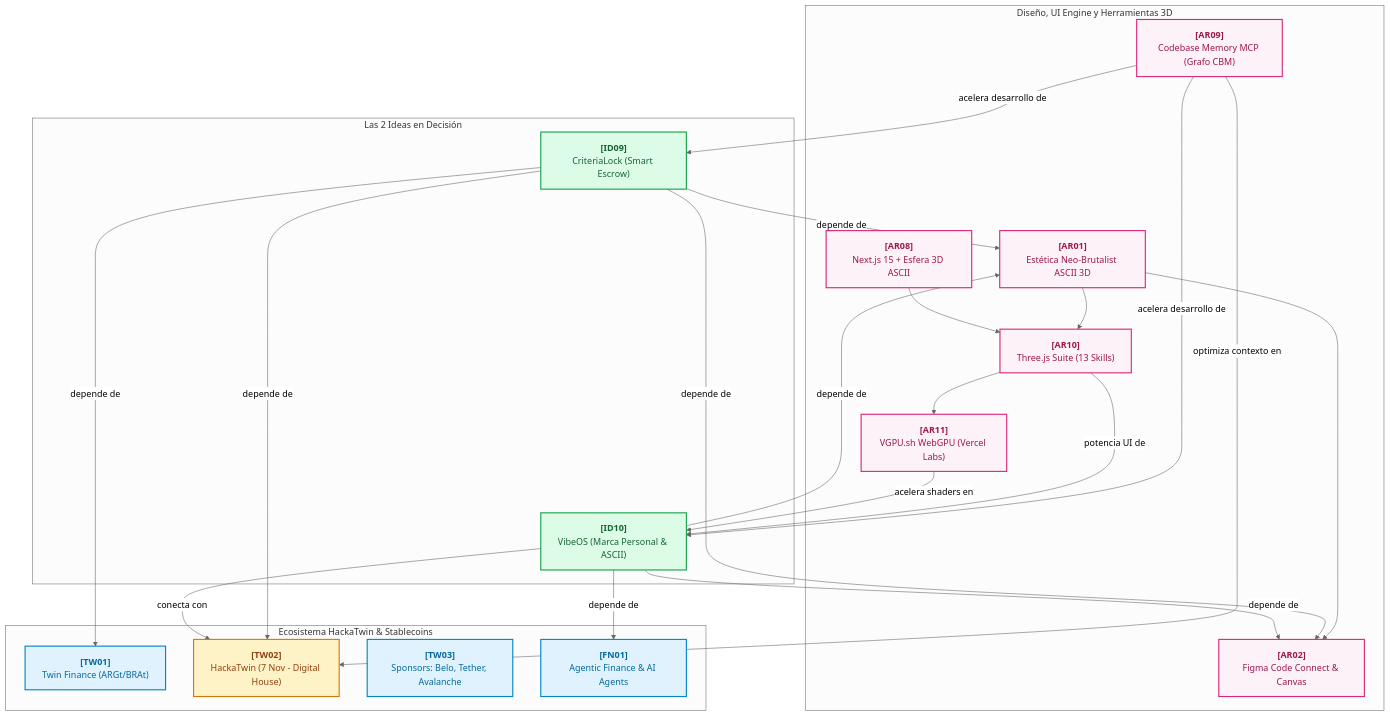
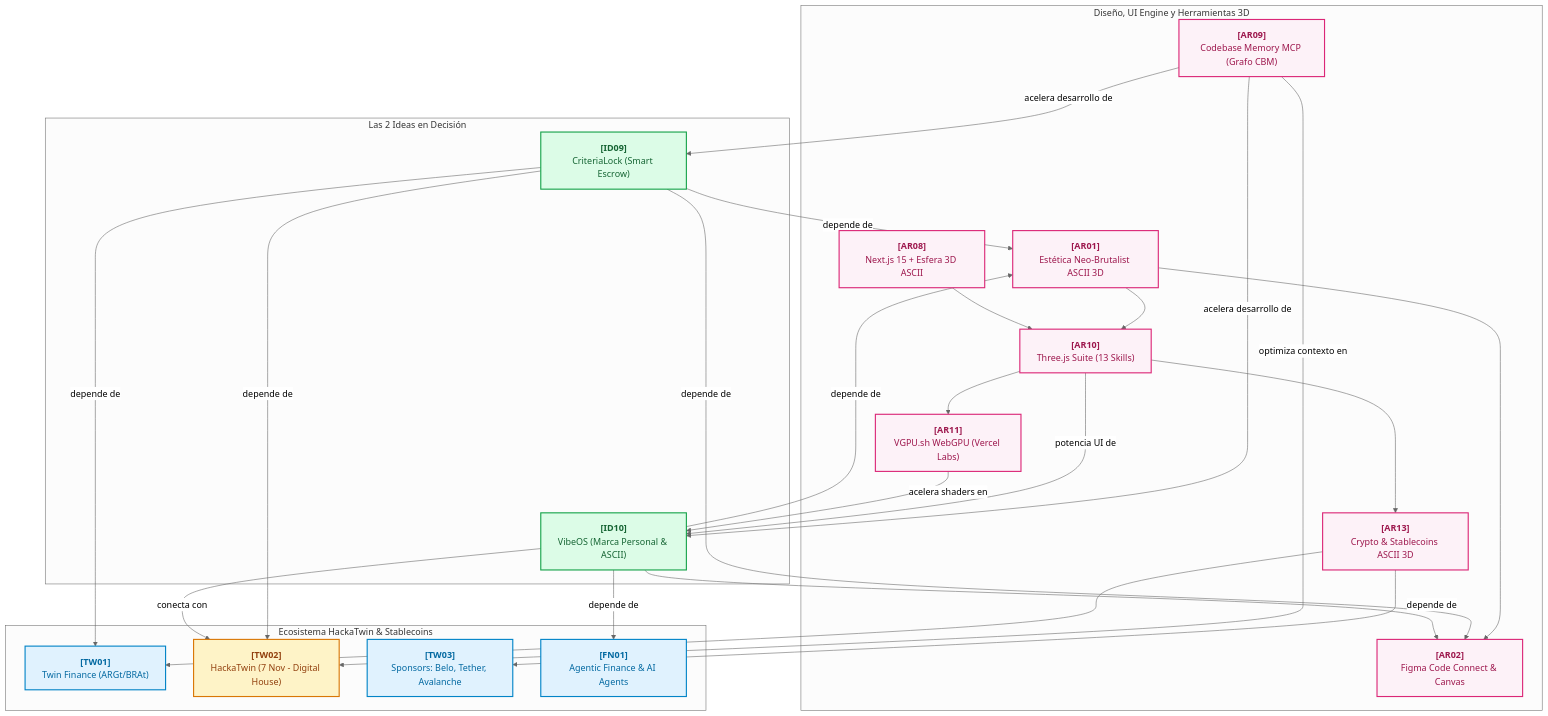
The diagram in docs/cerebro/README.md (Voyager-Ov/cerebro-propuesta), drawn with Mermaid (neutral theme) before and after one commit. The commit also changed 14 other files, not shown here.

````diff
--- a/docs/cerebro/README.md
+++ b/docs/cerebro/README.md
@@ -19,49 +19,53 @@
 ```mermaid
 flowchart TD
     classDef hackathon fill:#fef3c7,stroke:#d97706,stroke-width:2px,color:#92400e;
     classDef patron fill:#ede9fe,stroke:#7c3aed,stroke-width:2px,color:#5b21b6;
     classDef situacion fill:#fee2e2,stroke:#dc2626,stroke-width:2px,color:#991b1b;
     classDef idea fill:#dcfce7,stroke:#16a34a,stroke-width:2px,color:#166534;
     classDef fintech fill:#e0f2fe,stroke:#0284c7,stroke-width:2px,color:#0369a1;
     classDef arquitectura fill:#fdf2f8,stroke:#db2777,stroke-width:2px,color:#9d174d;
 
     subgraph SG_diseno_arquitectura ["Diseño, UI Engine y Herramientas 3D"]
         node_AR01["<b>[AR01]</b><br/>Estética Neo-Brutalist ASCII 3D"]:::arquitectura
         node_AR02["<b>[AR02]</b><br/>Figma Code Connect & Canvas"]:::arquitectura
         node_AR08["<b>[AR08]</b><br/>Next.js 15 + Esfera 3D ASCII"]:::arquitectura
         node_AR09["<b>[AR09]</b><br/>Codebase Memory MCP (Grafo CBM)"]:::arquitectura
         node_AR10["<b>[AR10]</b><br/>Three.js Suite (13 Skills)"]:::arquitectura
         node_AR11["<b>[AR11]</b><br/>VGPU.sh WebGPU (Vercel Labs)"]:::arquitectura
+        node_AR13["<b>[AR13]</b><br/>Crypto & Stablecoins ASCII 3D"]:::arquitectura
     end
 
     subgraph SG_ideas_equipo ["Las 2 Ideas en Decisión"]
         node_ID09["<b>[ID09]</b><br/>CriteriaLock (Smart Escrow)"]:::idea
         node_ID10["<b>[ID10]</b><br/>VibeOS (Marca Personal & ASCII)"]:::idea
     end
 
     subgraph SG_ecosistema_fintech ["Ecosistema HackaTwin & Stablecoins"]
         node_TW01["<b>[TW01]</b><br/>Twin Finance (ARGt/BRAt)"]:::fintech
         node_TW02["<b>[TW02]</b><br/>HackaTwin (7 Nov - Digital House)"]:::hackathon
         node_TW03["<b>[TW03]</b><br/>Sponsors: Belo, Tether, Avalanche"]:::fintech
         node_FN01["<b>[FN01]</b><br/>Agentic Finance & AI Agents"]:::fintech
     end
 
     node_AR01 --> node_AR02
     node_AR01 --> node_AR10
     node_AR10 --> node_AR11
+    node_AR10 --> node_AR13
+    node_AR13 --> node_TW01
+    node_AR13 --> node_TW03
     node_AR08 --> node_AR10
     node_AR09 -->|acelera desarrollo de| node_ID09
     node_AR09 -->|acelera desarrollo de| node_ID10
     node_AR09 -->|optimiza contexto en| node_TW02
     node_AR10 -->|potencia UI de| node_ID10
     node_AR11 -->|acelera shaders en| node_ID10
     node_ID09 -->|depende de| node_TW01
     node_ID09 -->|depende de| node_TW02
     node_ID09 -->|depende de| node_AR01
     node_ID09 -->|depende de| node_AR02
 
     node_ID10 -->|depende de| node_AR01
     node_ID10 -->|depende de| node_AR02
     node_ID10 -->|depende de| node_FN01
     node_ID10 -->|conecta con| node_TW02
 ```
````
